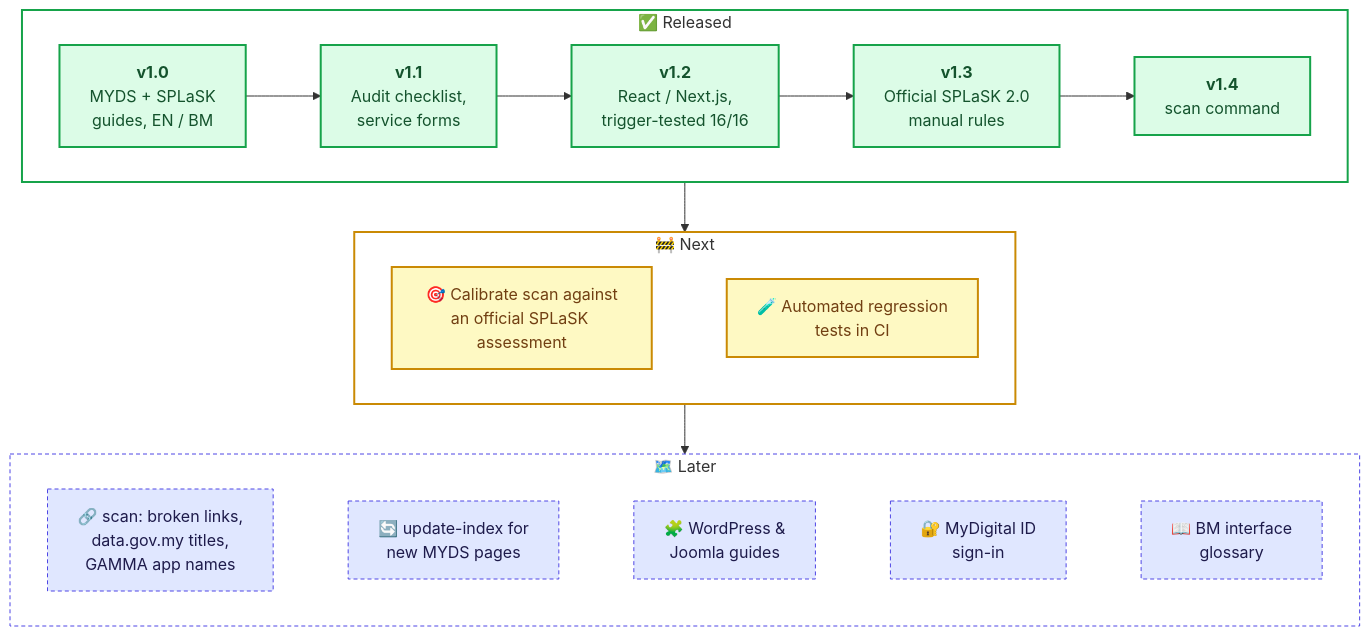
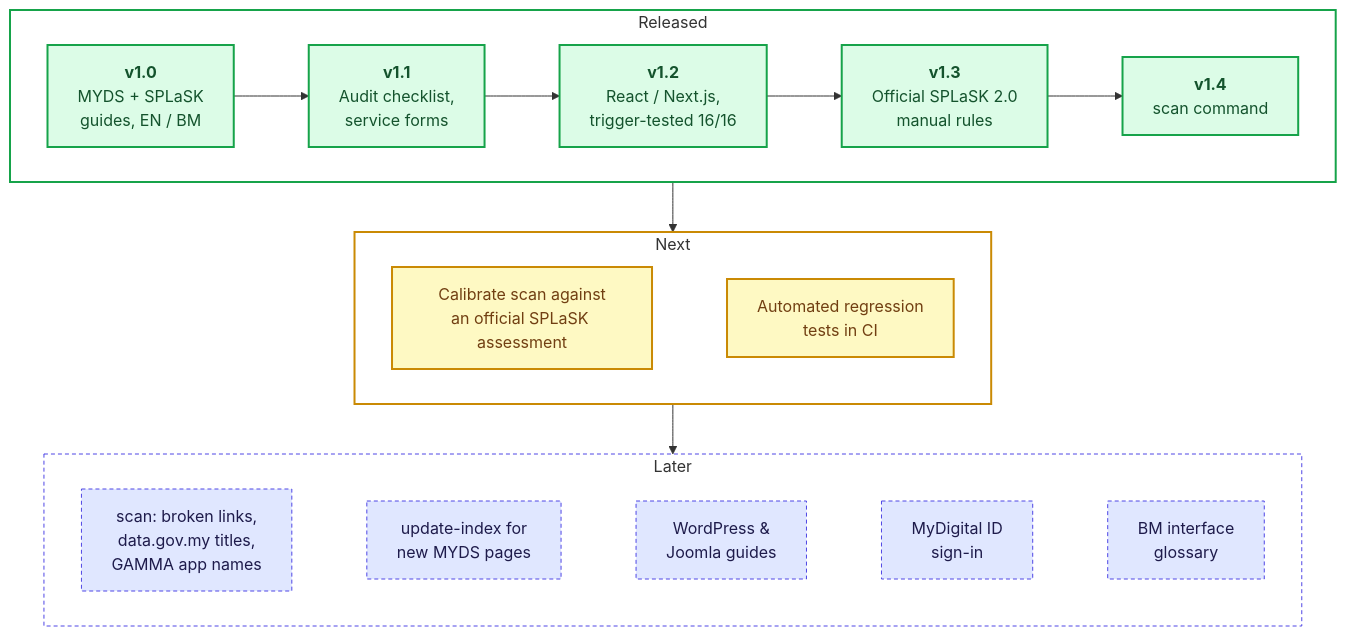
One commit to DexComm69/malaysia-gov-web-guidance changed the diagram in README.md. Above: the diagram before and after it, drawn with Mermaid. The commit also changed other lines of this file and 3 other files, not shown here.

````diff
--- a/README.md
+++ b/README.md
@@ -162,41 +208,41 @@
 ```mermaid
 flowchart TB
-    subgraph shipped ["✅ Released"]
+    subgraph shipped ["Released"]
         direction LR
         v10["<b>v1.0</b><br/>MYDS + SPLaSK<br/>guides, EN / BM"]
         v11["<b>v1.1</b><br/>Audit checklist,<br/>service forms"]
         v12["<b>v1.2</b><br/>React / Next.js,<br/>trigger-tested 16/16"]
         v13["<b>v1.3</b><br/>Official SPLaSK 2.0<br/>manual rules"]
         v14["<b>v1.4</b><br/>scan command"]
         v10 --> v11 --> v12 --> v13 --> v14
     end
 
-    subgraph next ["🚧 Next"]
+    subgraph next ["Next"]
         direction LR
-        cal["🎯 Calibrate scan against<br/>an official SPLaSK assessment"]
-        ci["🧪 Automated regression<br/>tests in CI"]
+        cal["Calibrate scan against<br/>an official SPLaSK assessment"]
+        ci["Automated regression<br/>tests in CI"]
         cal ~~~ ci
     end
 
-    subgraph later ["🗺️ Later"]
+    subgraph later ["Later"]
         direction LR
-        scanplus["🔗 scan: broken links,<br/>data.gov.my titles,<br/>GAMMA app names"]
-        upd["🔄 update-index for<br/>new MYDS pages"]
-        cms["🧩 WordPress &<br/>Joomla guides"]
-        idm["🔐 MyDigital ID<br/>sign-in"]
-        bm["📖 BM interface<br/>glossary"]
+        scanplus["scan: broken links,<br/>data.gov.my titles,<br/>GAMMA app names"]
+        upd["update-index for<br/>new MYDS pages"]
+        cms["WordPress &<br/>Joomla guides"]
+        idm["MyDigital ID<br/>sign-in"]
+        bm["BM interface<br/>glossary"]
         scanplus ~~~ upd ~~~ cms ~~~ idm ~~~ bm
     end
 
     shipped --> next --> later
 
     classDef done fill:#dcfce7,stroke:#16a34a,color:#14532d,stroke-width:2px
     classDef nxt fill:#fef9c3,stroke:#ca8a04,color:#713f12,stroke-width:2px
     classDef plan fill:#e0e7ff,stroke:#4f46e5,color:#1e1b4b,stroke-width:1px,stroke-dasharray:4 3
     class v10,v11,v12,v13,v14 done
     class cal,ci nxt
     class scanplus,upd,cms,idm,bm plan
     style shipped fill:transparent,stroke:#16a34a,stroke-width:2px
     style next fill:transparent,stroke:#ca8a04,stroke-width:2px
     style later fill:transparent,stroke:#4f46e5,stroke-width:1px,stroke-dasharray:4 3
 ```
````
